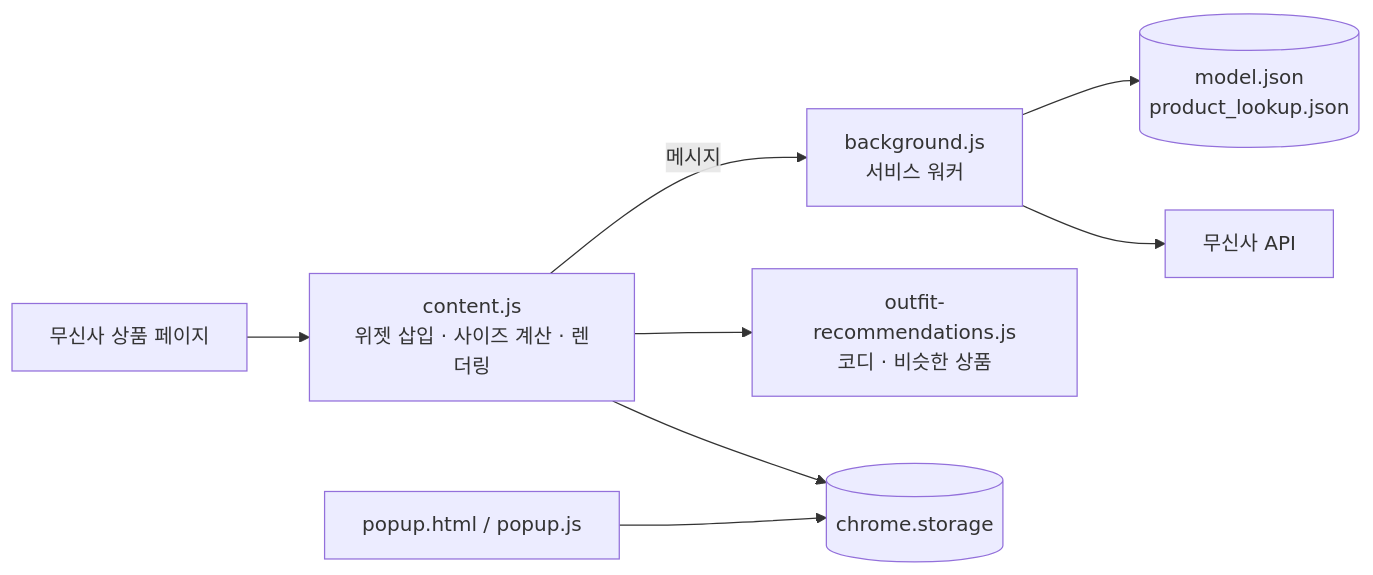
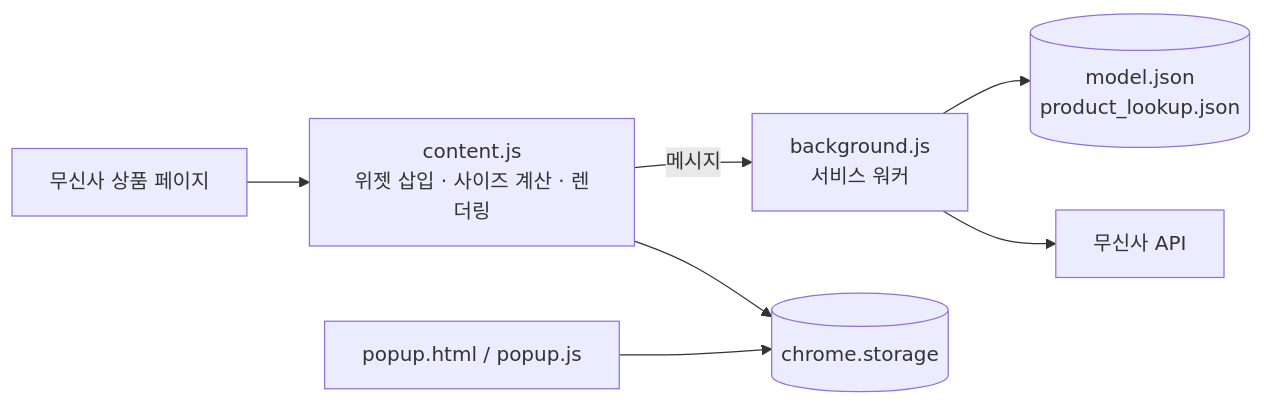
Before and after one commit to dudqls4796/Fit-You-widget: the second of 2 diagrams in README.md, drawn with Mermaid. The commit also changed other lines of this file, not shown here.

Commit message:
Remove outfit recommendation mentions from README

````diff
--- a/README.md
+++ b/README.md
@@ -88,10 +85,9 @@
 ```mermaid
 flowchart LR
     P[무신사 상품 페이지] --> CS[content.js<br/>위젯 삽입 · 사이즈 계산 · 렌더링]
     CS -->|메시지| BG[background.js<br/>서비스 워커]
     BG --> M[(model.json<br/>product_lookup.json)]
     BG --> API[무신사 API]
-    CS --> OR[outfit-recommendations.js<br/>코디 · 비슷한 상품]
     CS --> ST[(chrome.storage)]
     PU[popup.html / popup.js] --> ST
 ```
````
